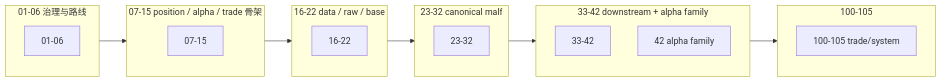
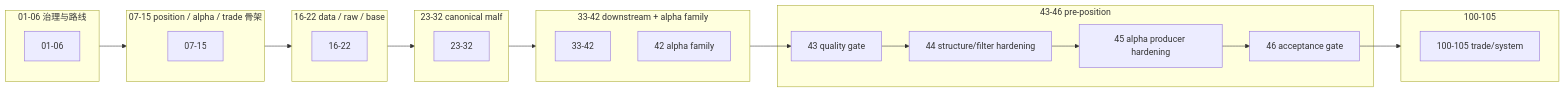
One commit to everything-is-simple/lifespan-0.01 changed the diagram in docs/03-execution/00-conclusion-catalog-20260409.md. Above: the diagram before and after it, drawn with Mermaid. The commit also changed other lines of this file and 35 other files, not shown here.

Commit message:
docs: add pre-position upstream quality gate cards

````diff
--- a/docs/03-execution/00-conclusion-catalog-20260409.md
+++ b/docs/03-execution/00-conclusion-catalog-20260409.md
@@ -68,23 +72,29 @@
 ```mermaid
 flowchart LR
     subgraph GOV["01-06 治理与路线"]
         C01["01-06"]
     end
     subgraph MAIN["07-15 position / alpha / trade 骨架"]
         C07["07-15"]
     end
     subgraph DATA["16-22 data / raw / base"]
         C16["16-22"]
     end
     subgraph MALF["23-32 canonical malf"]
         C23["23-32"]
     end
     subgraph DOWN["33-42 downstream + alpha family"]
         C33["33-42"]
         C42["42 alpha family"]
     end
+    subgraph GATE["43-46 pre-position"]
+        C43["43 quality gate"]
+        C44["44 structure/filter hardening"]
+        C45["45 alpha producer hardening"]
+        C46["46 acceptance gate"]
+    end
     subgraph NEXT["100-105"]
         C100["100-105 trade/system"]
     end
-    GOV --> MAIN --> DATA --> MALF --> DOWN --> NEXT
+    GOV --> MAIN --> DATA --> MALF --> DOWN --> C43 --> C44 --> C45 --> C46 --> NEXT
 ```
````
